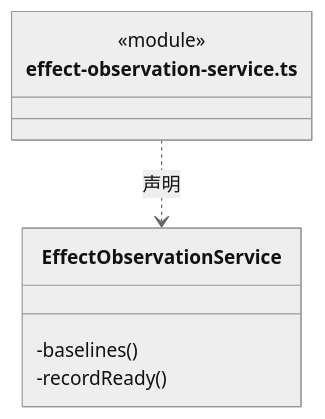
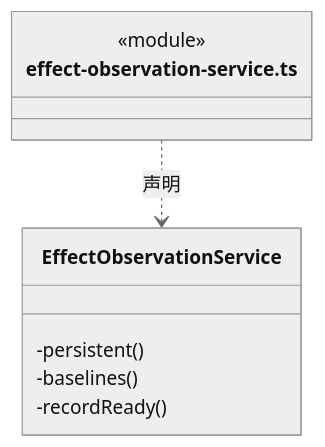
The eighth of 23 diagrams in src/logic/evidence/runtime/ARCHITECTURE.md (nan023062/cbim), drawn with Mermaid (neutral theme) before and after one commit. The commit also changed other lines of this file and 139 other files, not shown here.

Commit message:
docs(architecture): add source reading paths and complete file inventories

````diff
--- a/src/logic/evidence/runtime/ARCHITECTURE.md
+++ b/src/logic/evidence/runtime/ARCHITECTURE.md
@@ -209,11 +216,12 @@
 ```mermaid
 classDiagram
 class N_src_logic_evidence_runtime_effect_observation_service_ts["effect-observation-service.ts"] {
   <<module>>
 }
 class N_src_logic_evidence_runtime_effect_observation_service_ts_EffectObservationService["EffectObservationService"] {
+  -persistent()
   -baselines()
   -recordReady()
 }
 N_src_logic_evidence_runtime_effect_observation_service_ts ..> N_src_logic_evidence_runtime_effect_observation_service_ts_EffectObservationService : 声明
 ```
````
